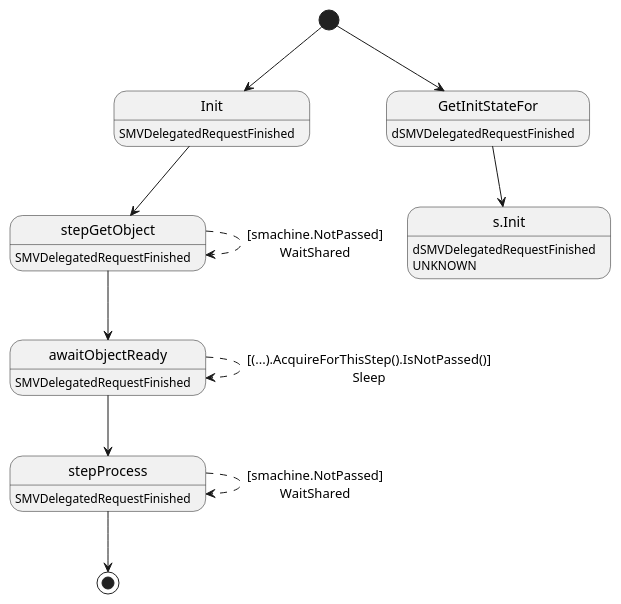
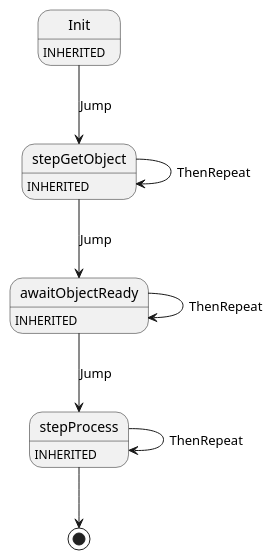
Before and after one commit to insolar/assured-ledger: the diagram in ledger-core/virtual/handlers/vdelegatedrequestfinished.plantuml, drawn with PlantUML. The commit also changed 15 other files, not shown here.

Commit message:
PLAT-390 moar uml

```diff
--- a/ledger-core/virtual/handlers/vdelegatedrequestfinished.plantuml
+++ b/ledger-core/virtual/handlers/vdelegatedrequestfinished.plantuml
@@ -1,25 +1,13 @@
 @startuml
-state "Init" as T01_S001
-T01_S001 : SMVDelegatedRequestFinished
-[*] --> T01_S001
-T01_S001 --> T01_S002
-state "awaitObjectReady" as T01_S003
-T01_S003 : SMVDelegatedRequestFinished
-T01_S003 --[dashed]> T01_S003 : [(...).AcquireForThisStep().IsNotPassed()]\nSleep
-T01_S003 --> T01_S004
-state "stepGetObject" as T01_S002
-T01_S002 : SMVDelegatedRequestFinished
-T01_S002 --[dashed]> T01_S002 : [smachine.NotPassed]\nWaitShared
-T01_S002 --> T01_S003
-state "stepProcess" as T01_S004
-T01_S004 : SMVDelegatedRequestFinished
-T01_S004 --[dashed]> T01_S004 : [smachine.NotPassed]\nWaitShared
-T01_S004 --> [*]
-state "GetInitStateFor" as T00_S001
-T00_S001 : dSMVDelegatedRequestFinished
-[*] --> T00_S001
-state "s.Init" as T00_U001
-T00_U001 : dSMVDelegatedRequestFinished
-T00_U001 : UNKNOWN 
-T00_S001 --> T00_U001
+Init : INHERITED
+Init --> stepGetObject : Jump
+stepGetObject : INHERITED
+stepGetObject --> awaitObjectReady : Jump
+stepGetObject --> stepGetObject : ThenRepeat
+awaitObjectReady : INHERITED
+awaitObjectReady --> stepProcess : Jump
+awaitObjectReady --> awaitObjectReady : ThenRepeat
+stepProcess : INHERITED
+stepProcess --> [*]
+stepProcess --> stepProcess : ThenRepeat
 @enduml
```
